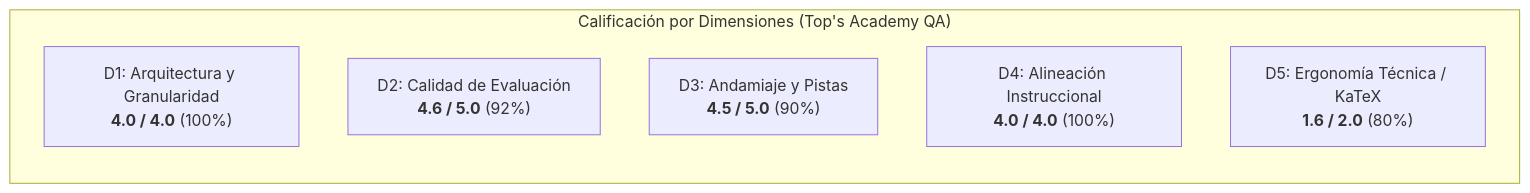
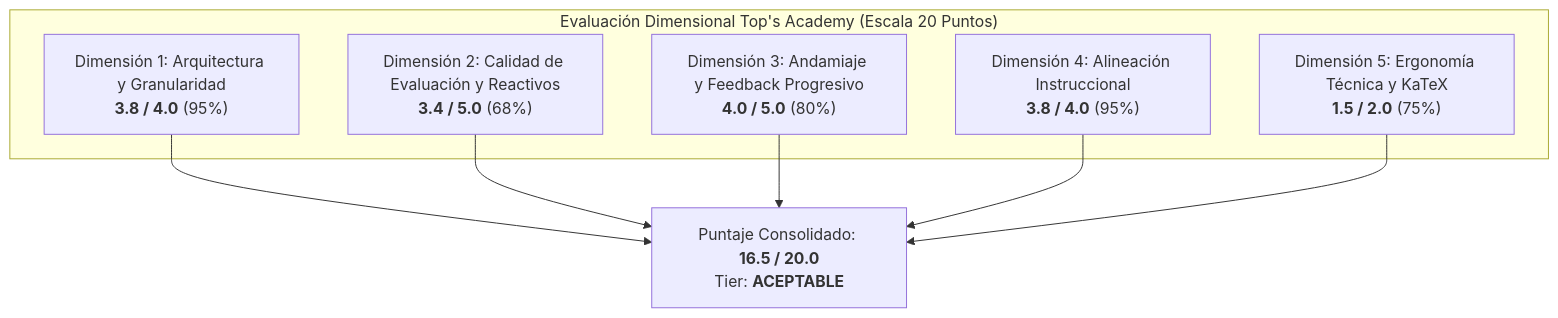
The diagram in reports/qa_audits/practica_parcial_saul_qa_report.md (aguerta/Tops_academy), drawn with Mermaid before and after one commit. The commit also changed other lines of this file and 41 other files, not shown here.

````diff
--- a/reports/qa_audits/practica_parcial_saul_qa_report.md
+++ b/reports/qa_audits/practica_parcial_saul_qa_report.md
@@ -35,10 +42,15 @@
 ```mermaid
-flowchart LR
-    subgraph Dimensions ["Calificación por Dimensiones (Top's Academy QA)"]
-        D1["D1: Arquitectura y Granularidad<br><b>4.0 / 4.0</b> (100%)"]
-        D2["D2: Calidad de Evaluación<br><b>4.6 / 5.0</b> (92%)"]
-        D3["D3: Andamiaje y Pistas<br><b>4.5 / 5.0</b> (90%)"]
-        D4["D4: Alineación Instruccional<br><b>4.0 / 4.0</b> (100%)"]
-        D5["D5: Ergonomía Técnica / KaTeX<br><b>1.6 / 2.0</b> (80%)"]
+flowchart TD
+    subgraph Calificacion ["Evaluación Dimensional Top's Academy (Escala 20 Puntos)"]
+        D1["Dimensión 1: Arquitectura y Granularidad<br><b>3.8 / 4.0</b> (95%)"]
+        D2["Dimensión 2: Calidad de Evaluación y Reactivos<br><b>3.4 / 5.0</b> (68%)"]
+        D3["Dimensión 3: Andamiaje y Feedback Progresivo<br><b>4.0 / 5.0</b> (80%)"]
+        D4["Dimensión 4: Alineación Instruccional<br><b>3.8 / 4.0</b> (95%)"]
+        D5["Dimensión 5: Ergonomía Técnica y KaTeX<br><b>1.5 / 2.0</b> (75%)"]
     end
+    D1 --> Total["Puntaje Consolidado: <b>16.5 / 20.0</b><br>Tier: <b>ACEPTABLE</b>"]
+    D2 --> Total
+    D3 --> Total
+    D4 --> Total
+    D5 --> Total
 ```
````
